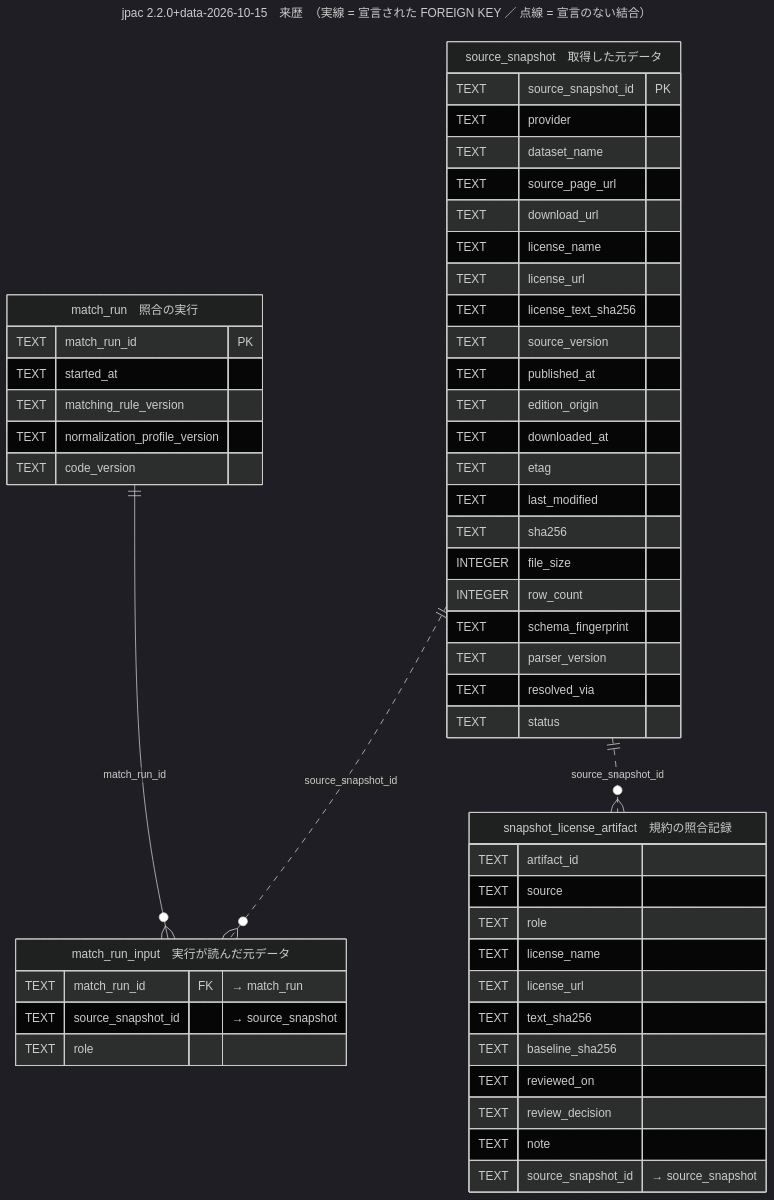
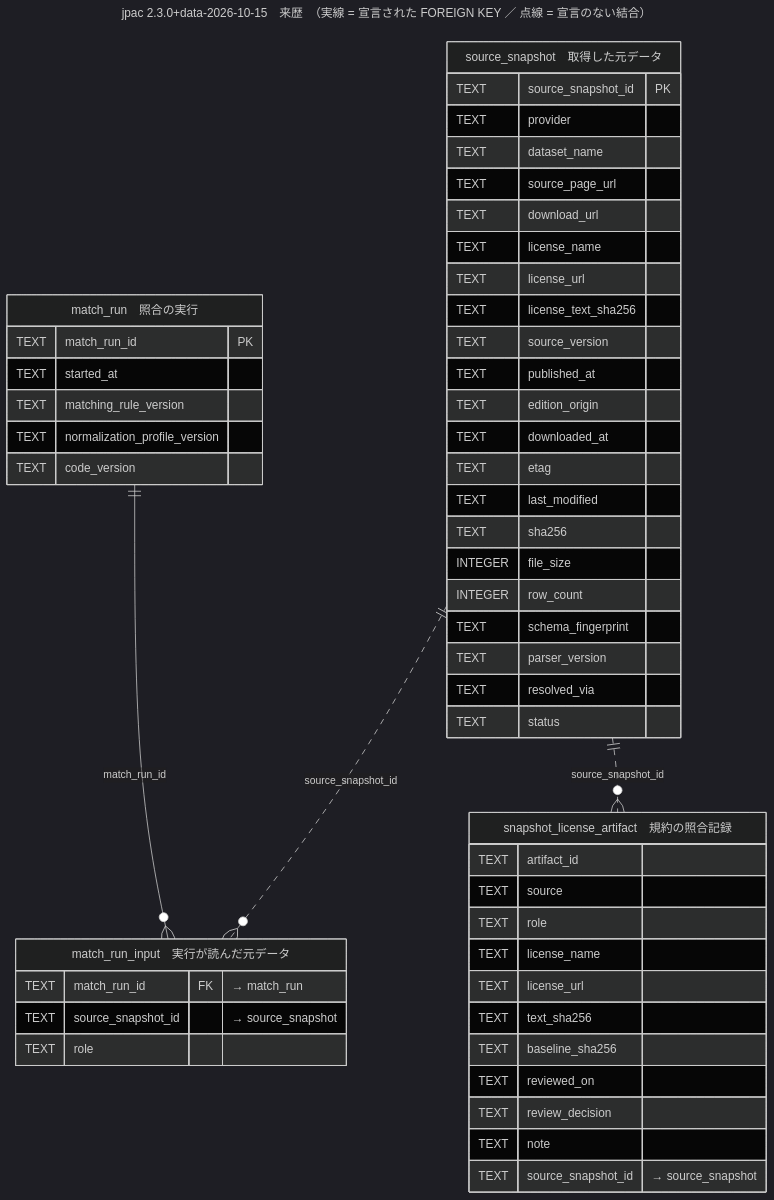
The diagram in docs/diagrams/er/06-provenance.mmd (Retro-Maid/jpac), drawn with Mermaid (dark theme) before and after one commit. The commit also changed 17 other files, not shown here.

```diff
--- a/docs/diagrams/er/06-provenance.mmd
+++ b/docs/diagrams/er/06-provenance.mmd
@@ -1,55 +1,55 @@
 ---
-title: jpac 2.2.0+data-2026-10-15　来歴　（実線 = 宣言された FOREIGN KEY ／ 点線 = 宣言のない結合）
+title: jpac 2.3.0+data-2026-10-15　来歴　（実線 = 宣言された FOREIGN KEY ／ 点線 = 宣言のない結合）
 ---
 erDiagram
   match_run ||--o{ match_run_input : "match_run_id"
   source_snapshot ||..o{ match_run_input : "source_snapshot_id"
   source_snapshot ||..o{ snapshot_license_artifact : "source_snapshot_id"
   source_snapshot["source_snapshot　取得した元データ"] {
     TEXT source_snapshot_id PK
     TEXT provider
     TEXT dataset_name
     TEXT source_page_url
     TEXT download_url
     TEXT license_name
     TEXT license_url
     TEXT license_text_sha256
     TEXT source_version
     TEXT published_at
     TEXT edition_origin
     TEXT downloaded_at
     TEXT etag
     TEXT last_modified
     TEXT sha256
     INTEGER file_size
     INTEGER row_count
     TEXT schema_fingerprint
     TEXT parser_version
     TEXT resolved_via
     TEXT status
   }
   snapshot_license_artifact["snapshot_license_artifact　規約の照合記録"] {
     TEXT artifact_id
     TEXT source
     TEXT role
     TEXT license_name
     TEXT license_url
     TEXT text_sha256
     TEXT baseline_sha256
     TEXT reviewed_on
     TEXT review_decision
     TEXT note
     TEXT source_snapshot_id  "→ source_snapshot"
   }
   match_run["match_run　照合の実行"] {
     TEXT match_run_id PK
     TEXT started_at
     TEXT matching_rule_version
     TEXT normalization_profile_version
     TEXT code_version
   }
   match_run_input["match_run_input　実行が読んだ元データ"] {
     TEXT match_run_id FK "→ match_run"
     TEXT source_snapshot_id  "→ source_snapshot"
     TEXT role
   }
```
